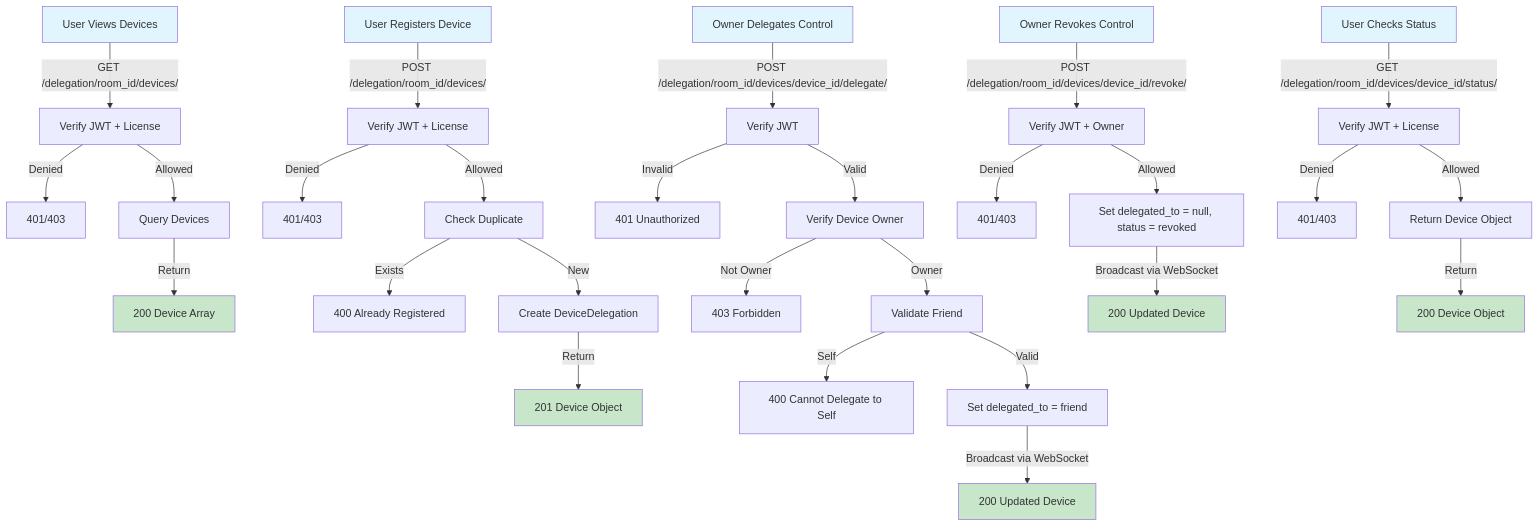
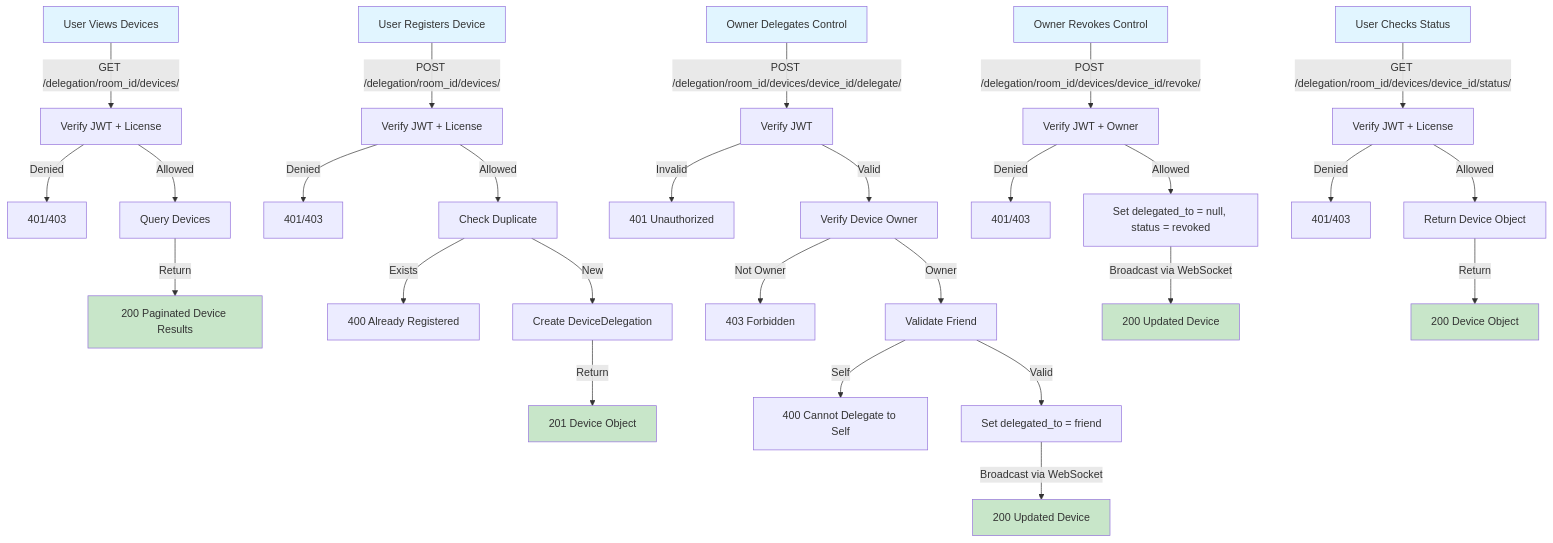
One commit to RadiantVixen/music-room changed diagram 11 of 14 in API_SCHEMAS.md. Above: the diagram before and after it, drawn with Mermaid. The commit also changed other lines of this file and 19 other files, not shown here.

````diff
--- a/API_SCHEMAS.md
+++ b/API_SCHEMAS.md
@@ -1505,44 +1497,44 @@
 ```mermaid
 graph TD
     A["User Views Devices"] -->|GET /delegation/room_id/devices/| B["Verify JWT + License"]
     B -->|Denied| C["401/403"]
     B -->|Allowed| D["Query Devices"]
-    D -->|Return| E["200 Device Array"]
+    D -->|Return| E["200 Paginated Device Results"]
     
     F["User Registers Device"] -->|POST /delegation/room_id/devices/| G["Verify JWT + License"]
     G -->|Denied| H["401/403"]
     G -->|Allowed| I["Check Duplicate"]
     I -->|Exists| J["400 Already Registered"]
     I -->|New| K["Create DeviceDelegation"]
     K -->|Return| L["201 Device Object"]
     
     M["Owner Delegates Control"] -->|POST /delegation/room_id/devices/device_id/delegate/| N["Verify JWT"]
     N -->|Invalid| O["401 Unauthorized"]
     N -->|Valid| P["Verify Device Owner"]
     P -->|Not Owner| Q["403 Forbidden"]
     P -->|Owner| R["Validate Friend"]
     R -->|Self| S["400 Cannot Delegate to Self"]
     R -->|Valid| T["Set delegated_to = friend"]
     T -->|Broadcast via WebSocket| U["200 Updated Device"]
     
     V["Owner Revokes Control"] -->|POST /delegation/room_id/devices/device_id/revoke/| W["Verify JWT + Owner"]
     W -->|Denied| X["401/403"]
     W -->|Allowed| Y["Set delegated_to = null, status = revoked"]
     Y -->|Broadcast via WebSocket| Z["200 Updated Device"]
     
     AA["User Checks Status"] -->|GET /delegation/room_id/devices/device_id/status/| AB["Verify JWT + License"]
     AB -->|Denied| AC["401/403"]
     AB -->|Allowed| AD["Return Device Object"]
     AD -->|Return| AE["200 Device Object"]
     
     style A fill:#e1f5ff
     style F fill:#e1f5ff
     style M fill:#e1f5ff
     style V fill:#e1f5ff
     style AA fill:#e1f5ff
     style E fill:#c8e6c9
     style L fill:#c8e6c9
     style U fill:#c8e6c9
     style Z fill:#c8e6c9
     style AE fill:#c8e6c9
 ```
````
